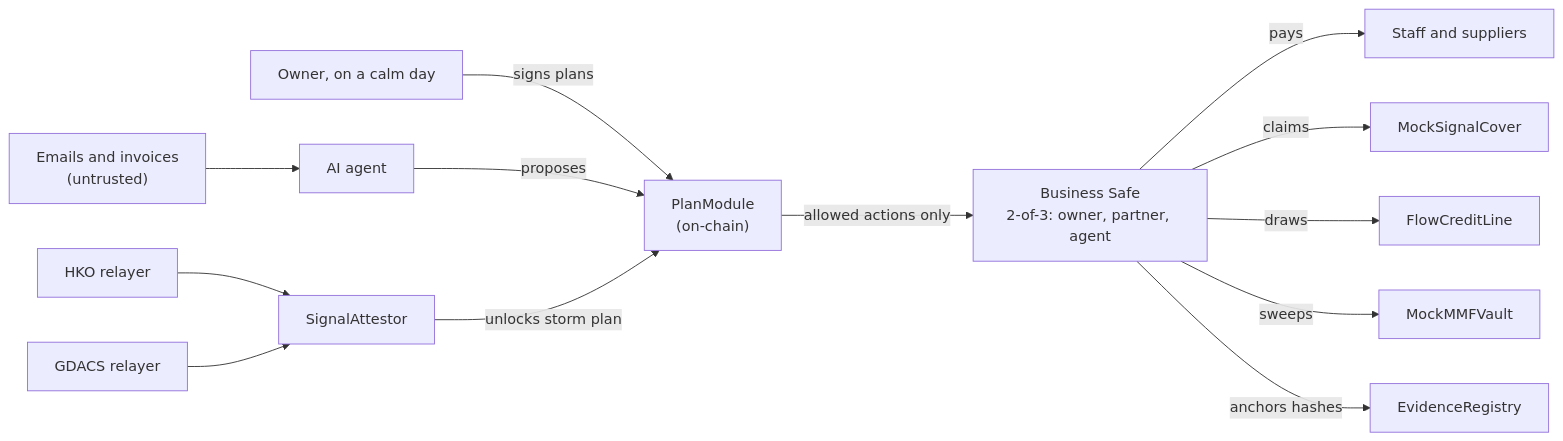
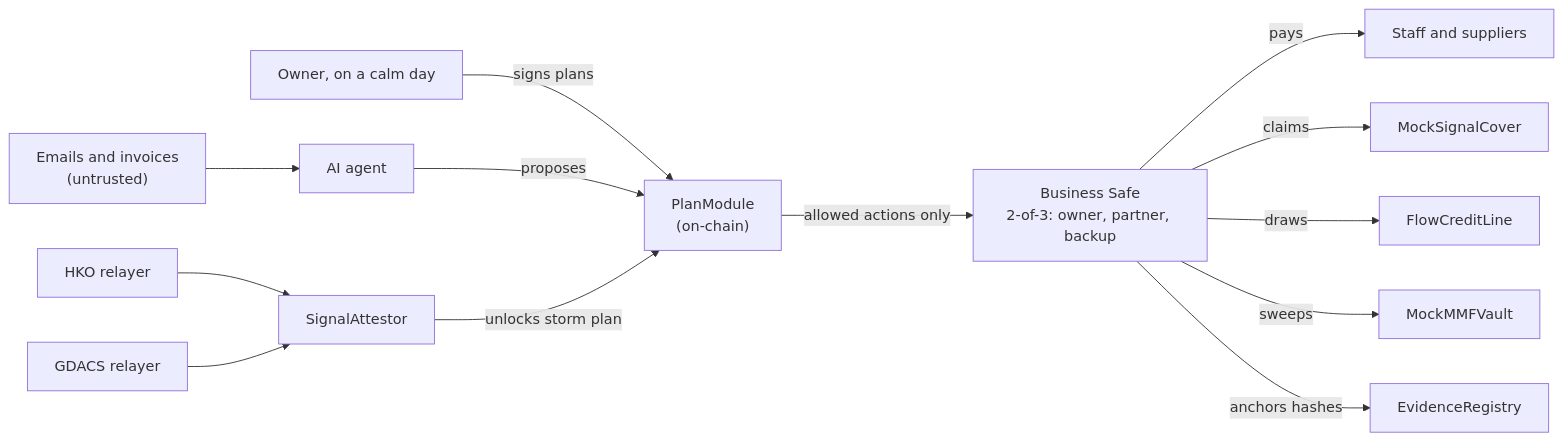
Before and after one commit to beaaan/signal8-wallet: the diagram in README.md, drawn with Mermaid. The commit also changed 9 other files, not shown here.

````diff
--- a/README.md
+++ b/README.md
@@ -27,29 +27,29 @@
 ```mermaid
 flowchart LR
     owner["Owner, on a calm day"]
     inbox["Emails and invoices<br/>(untrusted)"]
     agent["AI agent"]
     hko["HKO relayer"]
     gdacs["GDACS relayer"]
     att["SignalAttestor"]
     plan["PlanModule<br/>(on-chain)"]
-    safe["Business Safe<br/>2-of-3: owner, partner, agent"]
+    safe["Business Safe<br/>2-of-3: owner, partner, backup"]
     payees["Staff and suppliers"]
     cover["MockSignalCover"]
     credit["FlowCreditLine"]
     vault["MockMMFVault"]
     ev["EvidenceRegistry"]
 
     owner -- "signs plans" --> plan
     inbox --> agent
     agent -- "proposes" --> plan
     hko --> att
     gdacs --> att
     att -- "unlocks storm plan" --> plan
     plan -- "allowed actions only" --> safe
     safe -- "pays" --> payees
     safe -- "claims" --> cover
     safe -- "draws" --> credit
     safe -- "sweeps" --> vault
     safe -- "anchors hashes" --> ev
 ```
````
